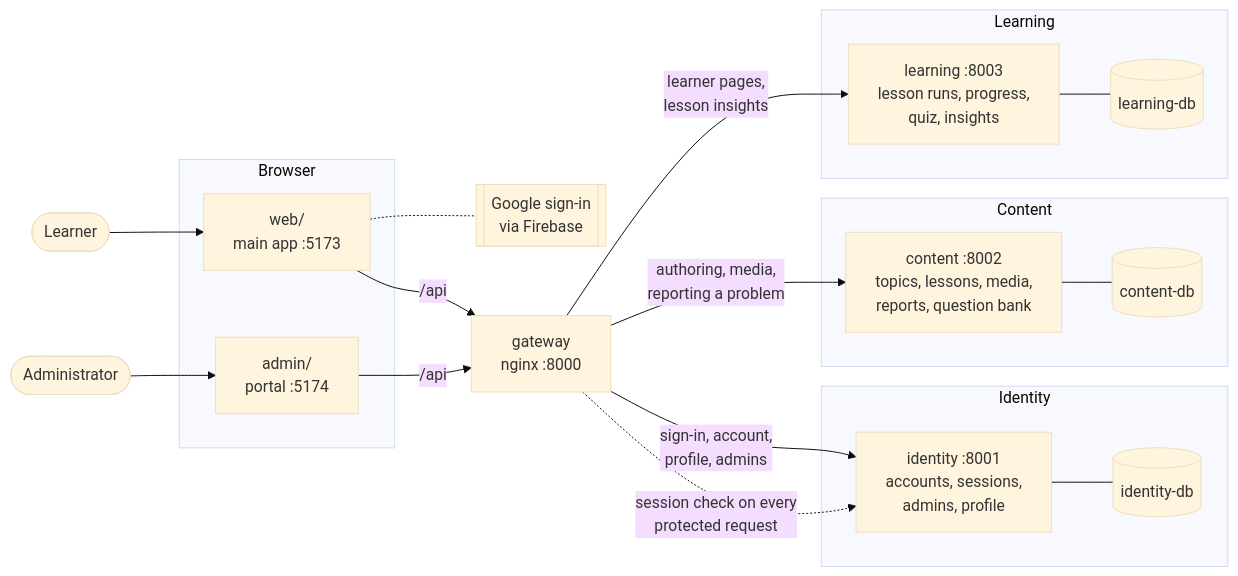
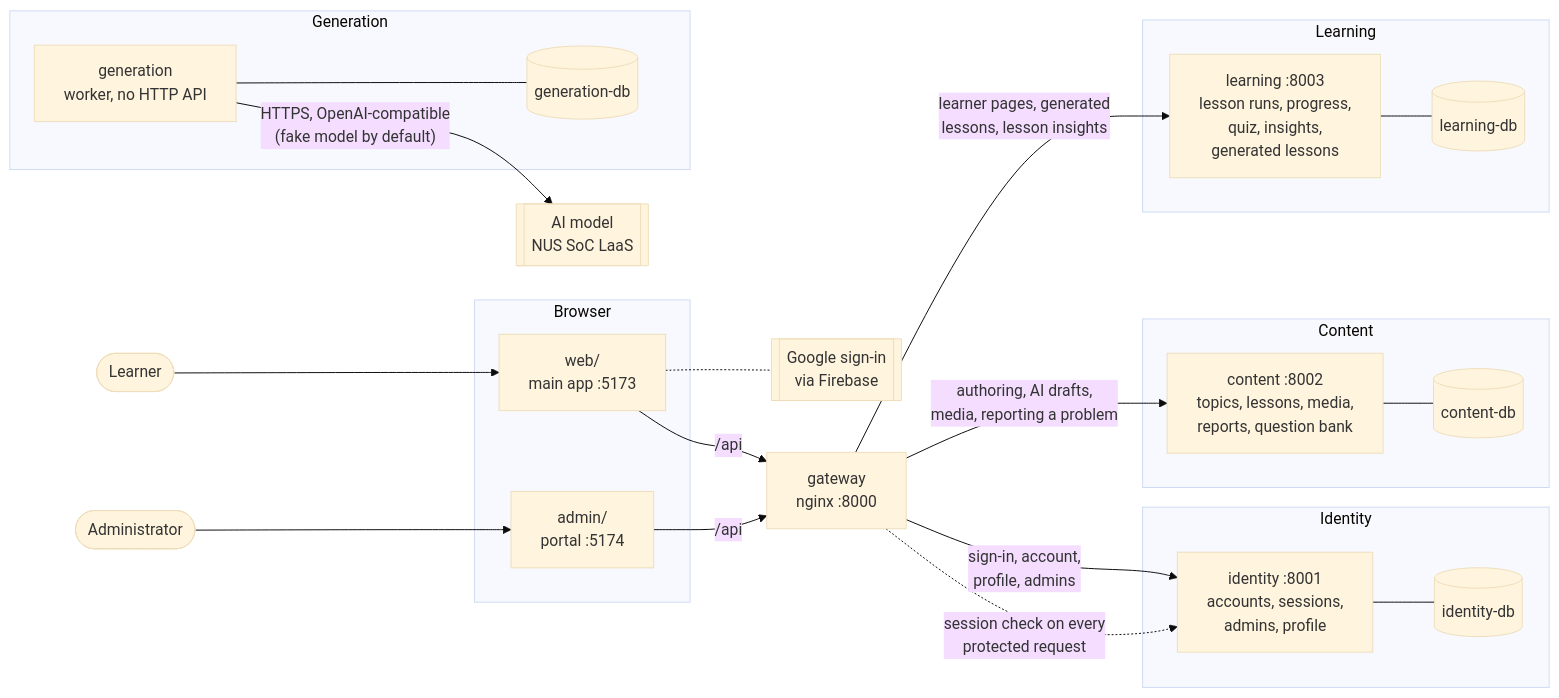
One commit to zaccymomo/sgjio changed the first of 6 diagrams in docs/architecture/diagrams.md. Above: the diagram before and after it, drawn with Mermaid (base theme). The commit also changed other lines of this file and 126 other files, not shown here.

````diff
--- a/docs/architecture/diagrams.md
+++ b/docs/architecture/diagrams.md
@@ -9,39 +9,46 @@
 ```mermaid
 flowchart LR
     learner([Learner])
     admin([Administrator])
     google[[Google sign-in<br/>via Firebase]]
 
     subgraph browser [Browser]
         web["web/<br/>main app :5173"]
         adm["admin/<br/>portal :5174"]
     end
 
     gw["gateway<br/>nginx :8000"]
 
     subgraph identity [Identity]
         id["identity :8001<br/>accounts, sessions,<br/>admins, profile"]
         iddb[(identity-db)]
     end
     subgraph content [Content]
         ct["content :8002<br/>topics, lessons, media,<br/>reports, question bank"]
         ctdb[(content-db)]
     end
     subgraph learning [Learning]
-        ln["learning :8003<br/>lesson runs, progress,<br/>quiz, insights"]
+        ln["learning :8003<br/>lesson runs, progress,<br/>quiz, insights,<br/>generated lessons"]
         lndb[(learning-db)]
     end
+    subgraph generation [Generation]
+        gen["generation<br/>worker, no HTTP API"]
+        gendb[(generation-db)]
+    end
+    llm[["AI model<br/>NUS SoC LaaS"]]
 
     learner --> web
     admin --> adm
     web -.- google
     web -- "/api" --> gw
     adm -- "/api" --> gw
     gw -- "sign-in, account,<br/>profile, admins" --> id
     gw -. "session check on every<br/>protected request" .-> id
-    gw -- "authoring, media,<br/>reporting a problem" --> ct
-    gw -- "learner pages,<br/>lesson insights" --> ln
+    gw -- "authoring, AI drafts,<br/>media, reporting a problem" --> ct
+    gw -- "learner pages, generated<br/>lessons, lesson insights" --> ln
     id --- iddb
     ct --- ctdb
     ln --- lndb
+    gen --- gendb
+    gen -- "HTTPS, OpenAI-compatible<br/>(fake model by default)" --> llm
 ```
````
